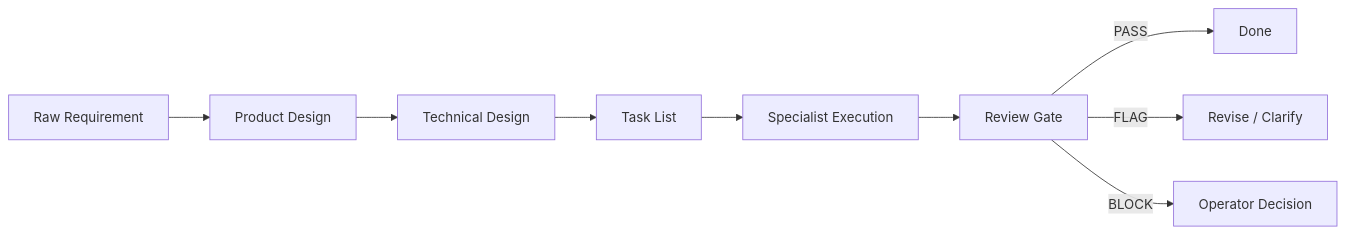
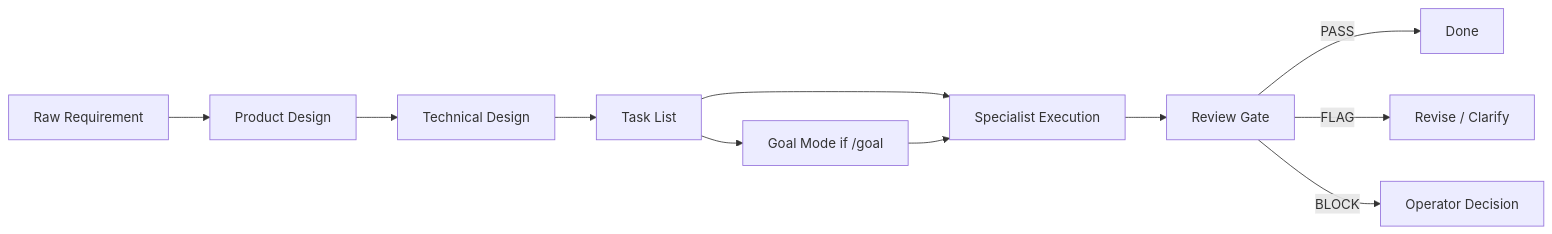
Before and after one commit to Fearvox/multica-ultimate-workbench: the diagram in SYNTHESIS.md, drawn with Mermaid. The commit also changed other lines of this file and 26 other files, not shown here.

Commit message:
feat: add workbench goal mode

````diff
--- a/SYNTHESIS.md
+++ b/SYNTHESIS.md
@@ -22,11 +22,13 @@
 ```mermaid
 flowchart LR
   A["Raw Requirement"] --> B["Product Design"]
   B --> C["Technical Design"]
   C --> D["Task List"]
   D --> E["Specialist Execution"]
+  D --> J["Goal Mode if /goal"]
+  J --> E
   E --> F["Review Gate"]
   F -->|PASS| G["Done"]
   F -->|FLAG| H["Revise / Clarify"]
   F -->|BLOCK| I["Operator Decision"]
 ```
````
